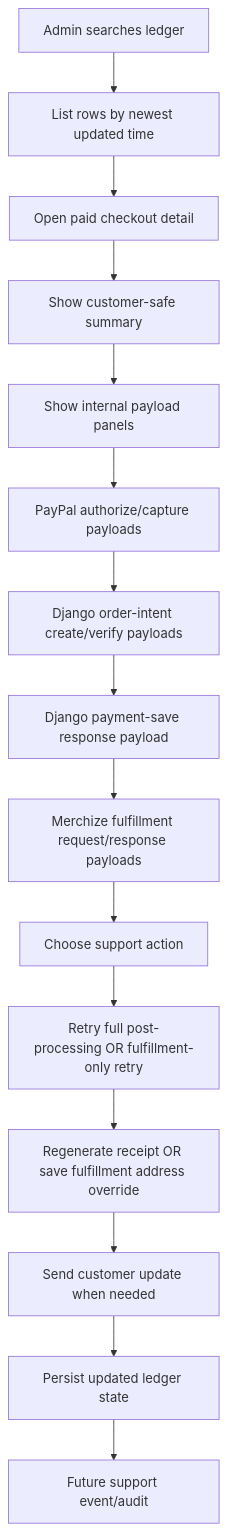
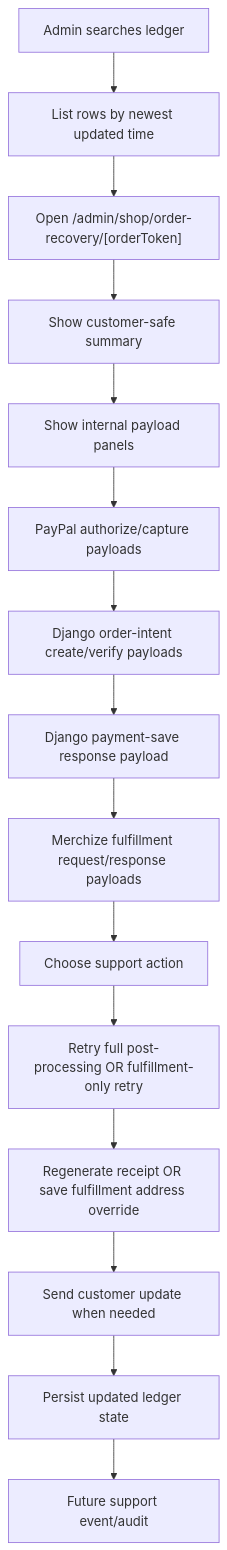
The second of 3 diagrams in ADMIN_RECOVERY_TOOLING_GUIDE.md (Codex-Christi/codex_christi_frontend), drawn with Mermaid before and after one commit. The commit also changed other lines of this file and 29 other files, not shown here.

````diff
--- a/ADMIN_RECOVERY_TOOLING_GUIDE.md
+++ b/ADMIN_RECOVERY_TOOLING_GUIDE.md
@@ -226,17 +296,17 @@
 ```mermaid
 flowchart TD
   A["Admin searches ledger"] --> B["List rows by newest updated time"]
-  B --> C["Open paid checkout detail"]
+  B --> C["Open /admin/shop/order-recovery/[orderToken]"]
   C --> D["Show customer-safe summary"]
   D --> E["Show internal payload panels"]
   E --> F["PayPal authorize/capture payloads"]
   F --> G["Django order-intent create/verify payloads"]
   G --> H["Django payment-save response payload"]
   H --> I["Merchize fulfillment request/response payloads"]
   I --> J["Choose support action"]
   J --> K["Retry full post-processing OR fulfillment-only retry"]
   K --> L["Regenerate receipt OR save fulfillment address override"]
   L --> M["Send customer update when needed"]
   M --> N["Persist updated ledger state"]
   N --> O["Future support event/audit"]
 ```
````
